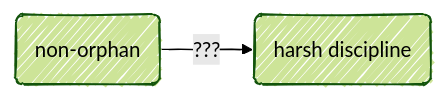
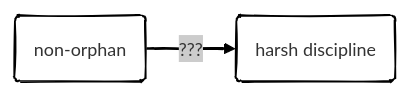
Before and after one commit to agrogan1/closeread: the diagram in orphan/diagrams.md, drawn with Mermaid.

````diff
--- a/orphan/diagrams.md
+++ b/orphan/diagrams.md
@@ -1,9 +1,9 @@
 ```mermaid
 ---
 config:
   look: handDrawn
-  theme: forest
+  theme: neo
 ---
 flowchart LR
   nonorphan(non-orphan) --> |"???"| harshdiscipline(harsh discipline)
 ```
````
